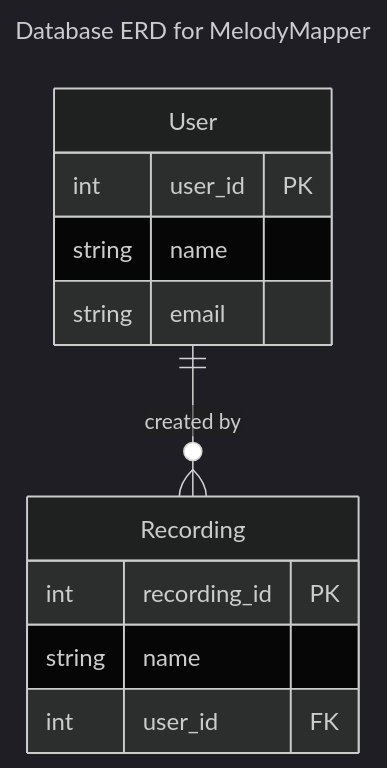
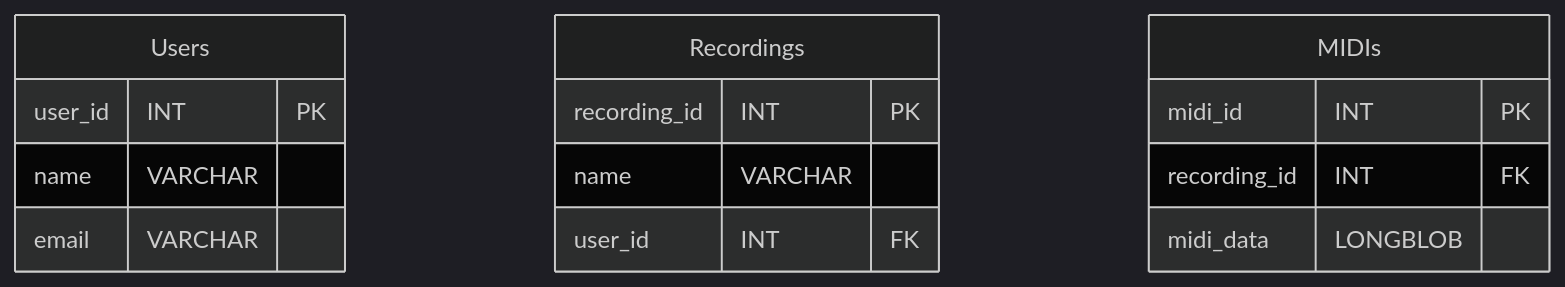
Before and after one commit to bengoh815/cs506-project: the second of 6 diagrams in README.md, drawn with Mermaid (dark theme). The commit also changed other lines of this file, not shown here.

Commit message:
Update docs with Database schema & class diagram

````diff
--- a/README.md
+++ b/README.md
@@ -108,20 +108,21 @@
 ```mermaid
----
-title: Database ERD for MelodyMapper
----
 erDiagram
-    User ||--o{ Recording : "created by"
-
-    User {
-        int user_id PK
-        string name
-        string email
+    Users {
+        user_id INT PK
+        name VARCHAR
+        email VARCHAR
     }
 
-    Recording {
-        int recording_id PK
-        string name
-        int user_id FK
+    Recordings {
+        recording_id INT PK
+        name VARCHAR
+        user_id INT FK
+    }
+
+    MIDIs {
+        midi_id INT PK
+        recording_id INT FK
+        midi_data LONGBLOB
     }
 
 ```
````
